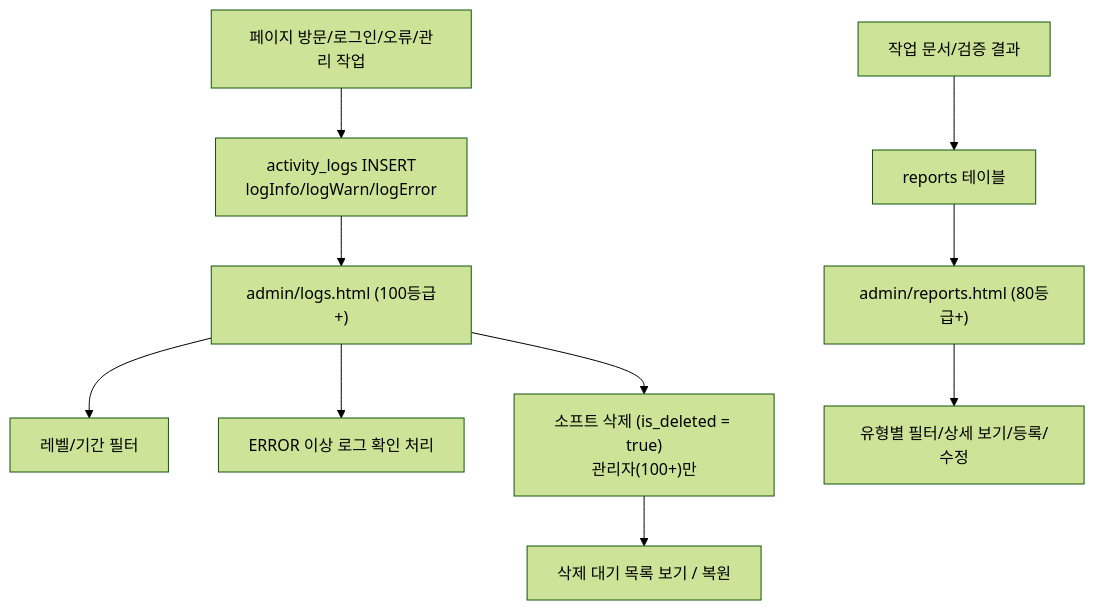
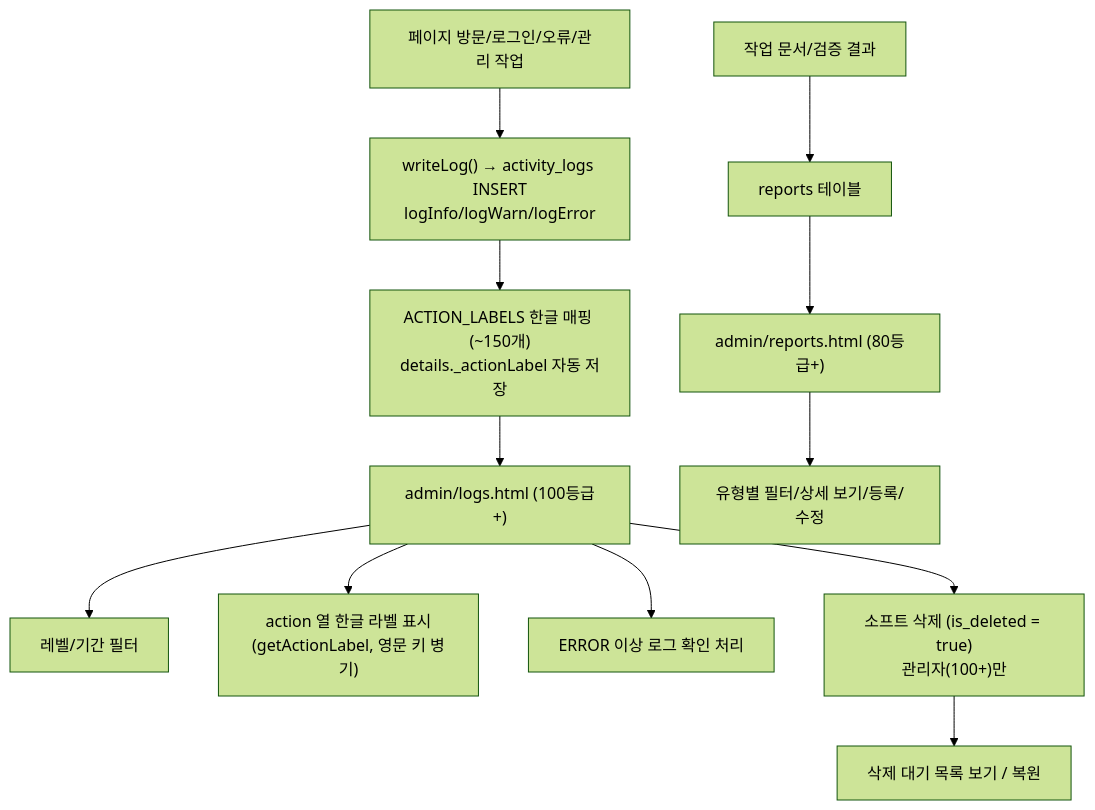
Before and after one commit to CHO-Talents/CHO-Talents: the tenth of 12 diagrams in docs/PROJECT_ARCHITECTURE_FLOW.md, drawn with Mermaid (forest theme). The commit also changed other lines of this file and 39 other files, not shown here.

````diff
--- a/docs/PROJECT_ARCHITECTURE_FLOW.md
+++ b/docs/PROJECT_ARCHITECTURE_FLOW.md
@@ -347,13 +374,15 @@
 ```mermaid
 flowchart TD
-  Event["페이지 방문/로그인/오류/관리 작업"] --> WriteLog["activity_logs INSERT<br/>logInfo/logWarn/logError"]
-  WriteLog --> Logs["admin/logs.html (100등급+)"]
+  Event["페이지 방문/로그인/오류/관리 작업"] --> WriteLog["writeLog() → activity_logs INSERT<br/>logInfo/logWarn/logError"]
+  WriteLog --> ActionLabel["ACTION_LABELS 한글 매핑 (~150개)<br/>details._actionLabel 자동 저장"]
+  ActionLabel --> Logs["admin/logs.html (100등급+)"]
   Logs --> Filter["레벨/기간 필터"]
+  Logs --> KoLabel["action 열 한글 라벨 표시<br/>(getActionLabel, 영문 키 병기)"]
   Logs --> Ack["ERROR 이상 로그 확인 처리"]
   Logs --> SoftDel["소프트 삭제 (is_deleted = true)<br/>관리자(100+)만"]
   SoftDel --> DelView["삭제 대기 목록 보기 / 복원"]
 
   Docs["작업 문서/검증 결과"] --> ReportsTable["reports 테이블"]
   ReportsTable --> Reports["admin/reports.html (80등급+)"]
   Reports --> ReportView["유형별 필터/상세 보기/등록/수정"]
 ```
````
